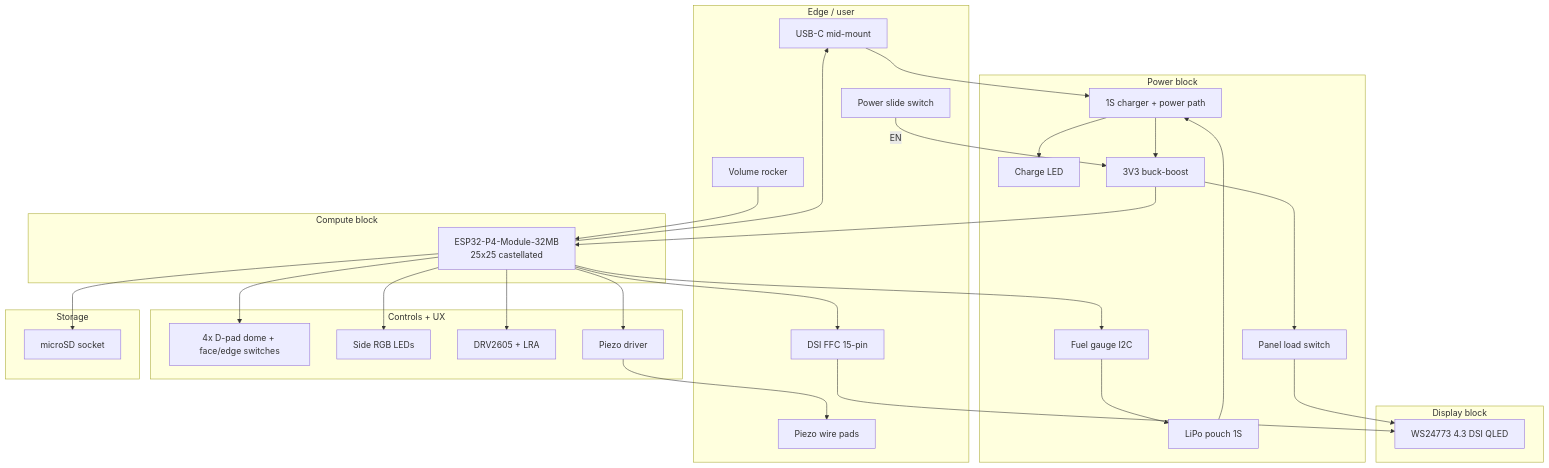
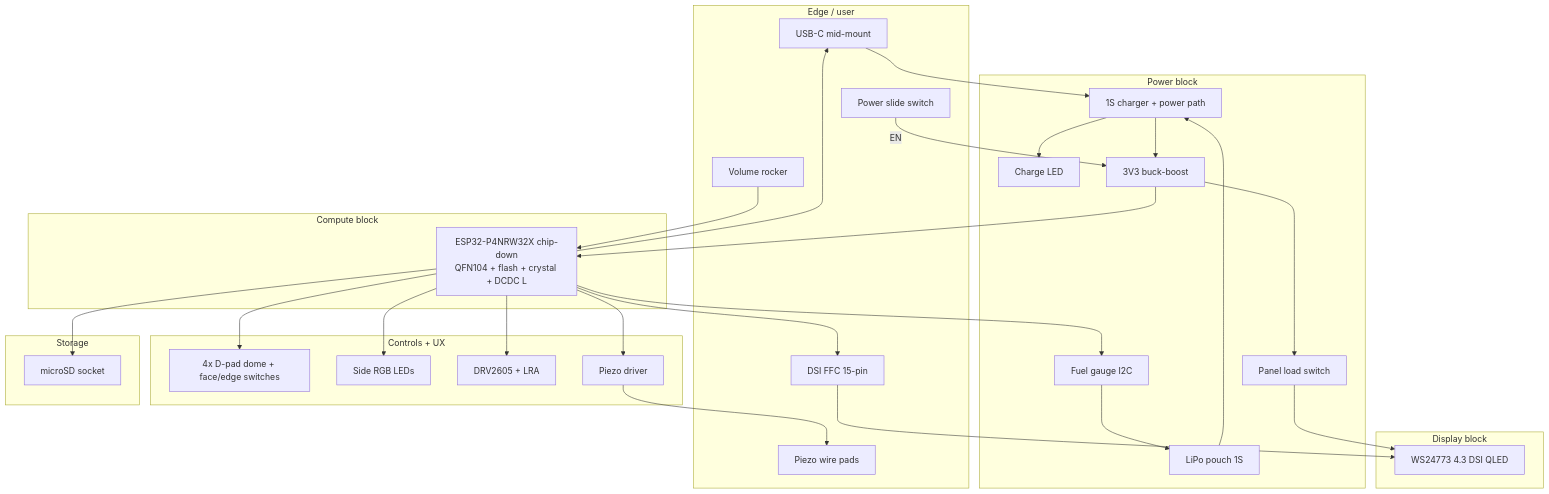
The diagram in hardware/card/BLOCK_DIAGRAM.md (increpare/PuzzleScript-labs), drawn with Mermaid before and after one commit. The commit also changed other lines of this file and 24 other files, not shown here.

First line of the commit message:
hardware: go chip-down ESP32-P4NRW32X, drop WiFi, close display Z-stack

````diff
--- a/hardware/card/BLOCK_DIAGRAM.md
+++ b/hardware/card/BLOCK_DIAGRAM.md
@@ -11,59 +11,59 @@
 ```mermaid
 flowchart TB
     subgraph edge [Edge / user]
         USBC[USB-C mid-mount]
         PWR[Power slide switch]
         VOL[Volume rocker]
         FFC[DSI FFC 15-pin]
         PIEZO_PADS[Piezo wire pads]
     end
 
     subgraph power [Power block]
         CHG[1S charger + power path]
         CHGLED[Charge LED]
         GAUGE[Fuel gauge I2C]
         BUCK[3V3 buck-boost]
         PANEL_SW[Panel load switch]
         CELL[LiPo pouch 1S]
     end
 
     subgraph compute [Compute block]
-        MOD[ESP32-P4-Module-32MB<br/>25x25 castellated]
+        MOD[ESP32-P4NRW32X chip-down<br/>QFN104 + flash + crystal + DCDC L]
     end
 
     subgraph display [Display block]
         PANEL[WS24773 4.3 DSI QLED]
     end
 
     subgraph io [Controls + UX]
         SW[4x D-pad dome + face/edge switches]
         RGB[Side RGB LEDs]
         LRA[DRV2605 + LRA]
         PZ_DRV[Piezo driver]
     end
 
     subgraph storage [Storage]
         SD[microSD socket]
     end
 
     USBC --> CHG
     CELL --> CHG
     CHG --> CHGLED
     PWR -->|EN| BUCK
     CHG --> BUCK
     BUCK --> MOD
     BUCK --> PANEL_SW
     PANEL_SW --> PANEL
     GAUGE --> CELL
     MOD --> GAUGE
     MOD --> FFC
     FFC --> PANEL
     MOD --> SW
     MOD --> RGB
     MOD --> LRA
     MOD --> PZ_DRV
     PZ_DRV --> PIEZO_PADS
     MOD --> SD
     MOD --> USBC
     VOL --> MOD
 ```
````
